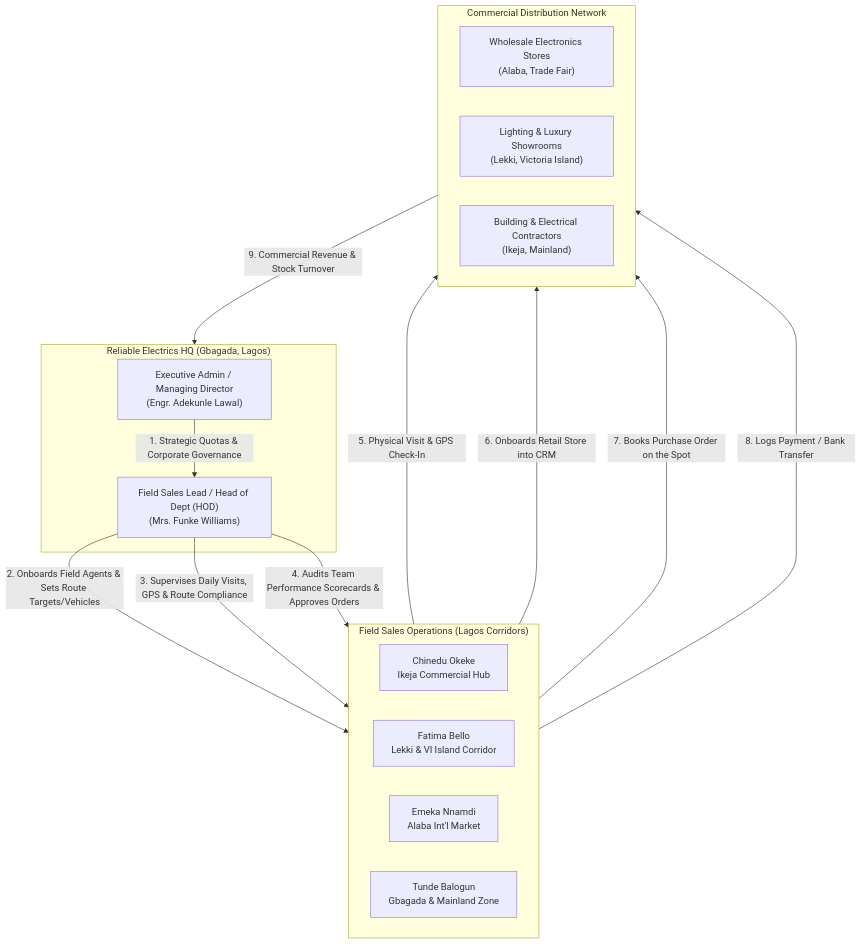
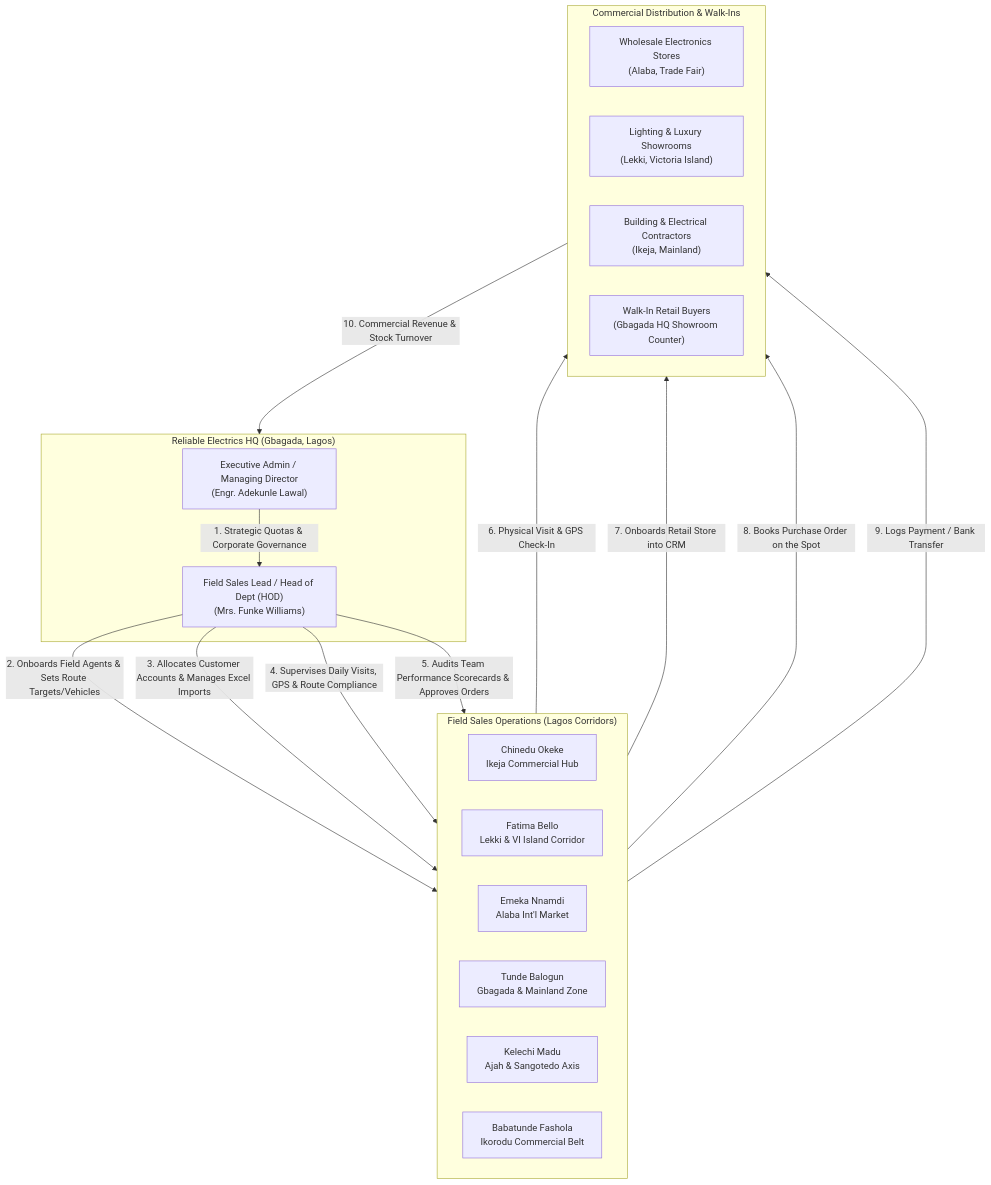
One commit to manquadry/Reliable_Electrical_CRM changed the diagram in DEMO_GUIDE.md. Above: the diagram before and after it, drawn with Mermaid. The commit also changed other lines of this file and 3 other files, not shown here.

````diff
--- a/DEMO_GUIDE.md
+++ b/DEMO_GUIDE.md
@@ -43,30 +50,34 @@
 ```mermaid
 flowchart TD
     subgraph HQ["Reliable Electrics HQ (Gbagada, Lagos)"]
         Admin["Executive Admin / Managing Director<br/>(Engr. Adekunle Lawal)"]
         Lead["Field Sales Lead / Head of Dept (HOD)<br/>(Mrs. Funke Williams)"]
     end
 
     subgraph Field["Field Sales Operations (Lagos Corridors)"]
         FE1["Chinedu Okeke<br/>Ikeja Commercial Hub"]
         FE2["Fatima Bello<br/>Lekki & VI Island Corridor"]
         FE3["Emeka Nnamdi<br/>Alaba Int'l Market"]
         FE4["Tunde Balogun<br/>Gbagada & Mainland Zone"]
+        FE5["Kelechi Madu<br/>Ajah & Sangotedo Axis"]
+        FE6["Babatunde Fashola<br/>Ikorodu Commercial Belt"]
     end
 
-    subgraph Clients["Commercial Distribution Network"]
+    subgraph Operations["Commercial Distribution & Walk-Ins"]
         C1["Wholesale Electronics Stores<br/>(Alaba, Trade Fair)"]
         C2["Lighting & Luxury Showrooms<br/>(Lekki, Victoria Island)"]
         C3["Building & Electrical Contractors<br/>(Ikeja, Mainland)"]
+        C4["Walk-In Retail Buyers<br/>(Gbagada HQ Showroom Counter)"]
     end
 
     Admin -->|"1. Strategic Quotas & Corporate Governance"| Lead
     Lead -->|"2. Onboards Field Agents & Sets Route Targets/Vehicles"| Field
-    Lead -->|"3. Supervises Daily Visits, GPS & Route Compliance"| Field
-    Lead -->|"4. Audits Team Performance Scorecards & Approves Orders"| Field
-    Field -->|"5. Physical Visit & GPS Check-In"| Clients
-    Field -->|"6. Onboards Retail Store into CRM"| Clients
-    Field -->|"7. Books Purchase Order on the Spot"| Clients
-    Field -->|"8. Logs Payment / Bank Transfer"| Clients
-    Clients -->|"9. Commercial Revenue & Stock Turnover"| HQ
+    Lead -->|"3. Allocates Customer Accounts & Manages Excel Imports"| Field
+    Lead -->|"4. Supervises Daily Visits, GPS & Route Compliance"| Field
+    Lead -->|"5. Audits Team Performance Scorecards & Approves Orders"| Field
+    Field -->|"6. Physical Visit & GPS Check-In"| Operations
+    Field -->|"7. Onboards Retail Store into CRM"| Operations
+    Field -->|"8. Books Purchase Order on the Spot"| Operations
+    Field -->|"9. Logs Payment / Bank Transfer"| Operations
+    Operations -->|"10. Commercial Revenue & Stock Turnover"| HQ
 ```
````
